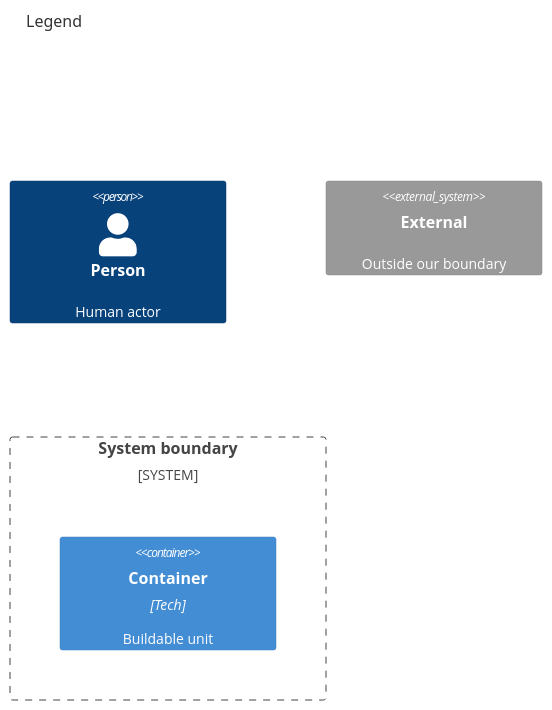
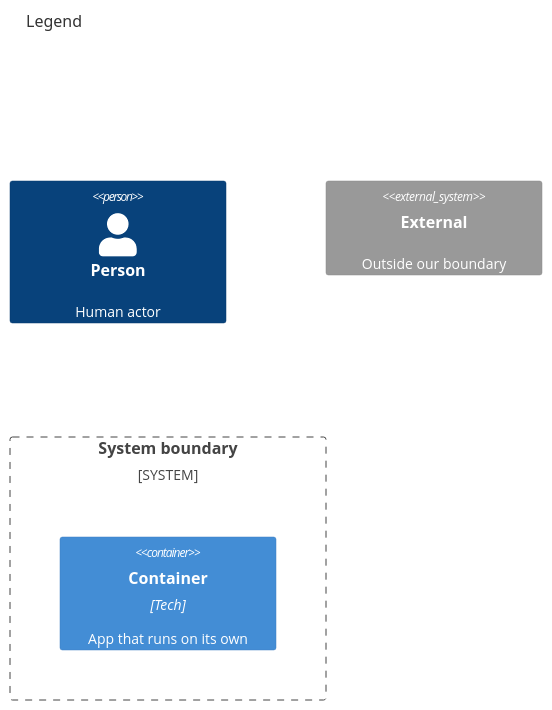
Before and after one commit to may-journal/apple-ui-testing-library: the second of 2 diagrams in docs/architecture/02-containers.md, drawn with Mermaid. The commit also changed other lines of this file and 45 other files, not shown here.

````diff
--- a/docs/architecture/02-containers.md
+++ b/docs/architecture/02-containers.md
@@ -35,10 +38,10 @@
 ```mermaid
 C4Container
     title Legend
 
     Person(p, "Person", "Human actor")
     System_Boundary(b, "System boundary") {
-        Container(c, "Container", "Tech", "Buildable unit")
+        Container(c, "Container", "Tech", "App that runs on its own")
     }
     System_Ext(e, "External", "Outside our boundary")
 ```
````
